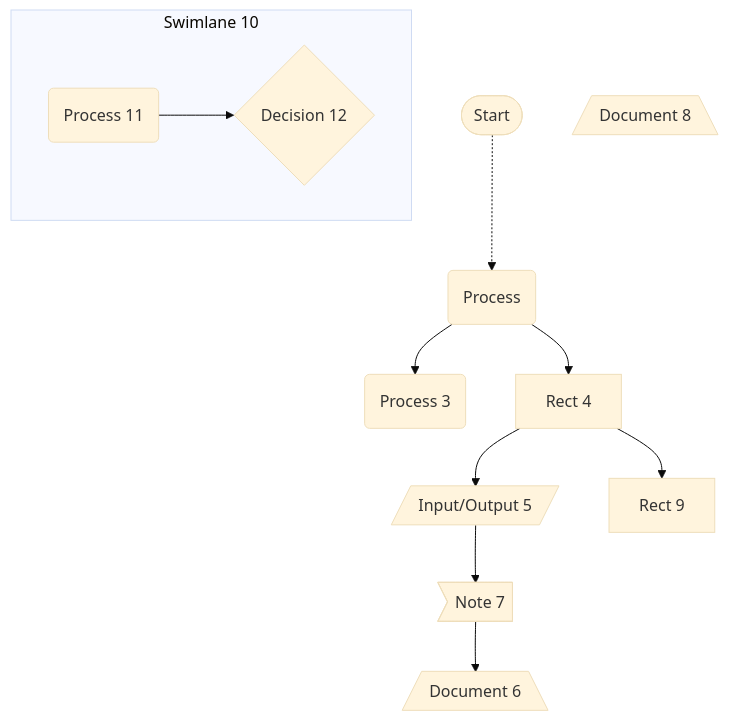
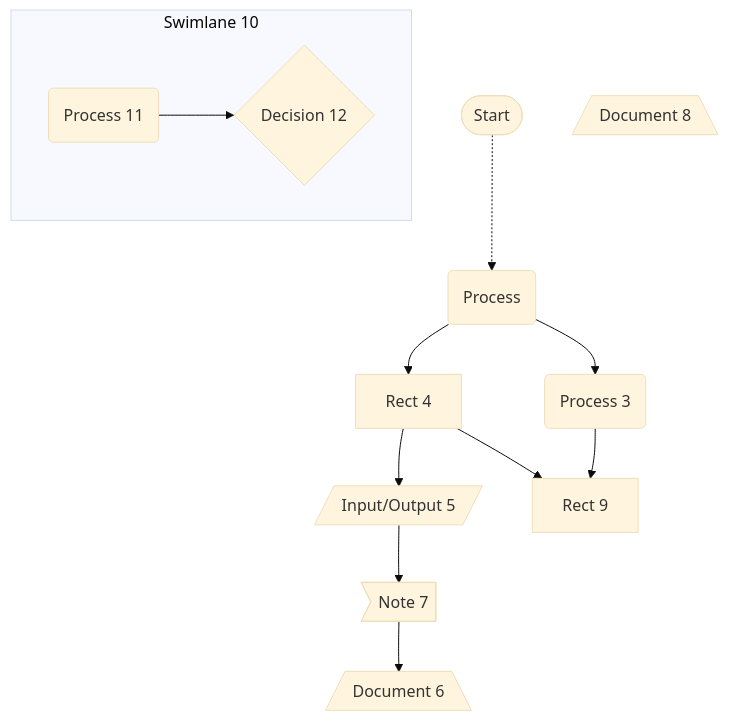
The diagram in mmd/流程图_3c82e5dc-80e4-4b41-a50d-f90f98ff5790.mmd (pingpm/mermaid_vault), drawn with Mermaid (base theme) before and after one commit. The commit also changed 2 other files, not shown here.

Commit message:
Sync Mermaid Studio data (12 diagrams)

```diff
--- a/mmd/流程图_3c82e5dc-80e4-4b41-a50d-f90f98ff5790.mmd
+++ b/mmd/流程图_3c82e5dc-80e4-4b41-a50d-f90f98ff5790.mmd
@@ -1,22 +1,23 @@
 graph TD
   subgraph 80730659-8bb1-4cec-afc1-f508a219c696 ["Swimlane 10"]
     7714202b-77ab-4f03-8f6c-5da3acacc44a("Process 11")
     f3a9e38a-2da4-4a9a-9213-2643698c5eb0{"Decision 12"}
   end
   start(["Start"])
   1("Process")
   2b55b8de-e64f-48f1-a8b6-94cca48b33d2("Process 3")
   f836676b-fb2c-4936-a911-d066d325c8e0["Rect 4"]
   7f7d8cb8-27fd-45d9-8d2e-dd3c2a474f13[/"Input/Output 5"/]
   c08d4eab-03ff-4bb2-8d24-cee61d141f9d[/"Document 6"\]
   cacbf4fd-8267-4e6e-acf7-b18af6489a9a>"Note 7"]
   34b56764-0d96-4aae-a160-b1c1707fb3df[/"Document 8"\]
   cd307345-a2eb-40e4-8f4c-f274dbcdef02["Rect 9"]
   start -.-> 1
   1 --> 2b55b8de-e64f-48f1-a8b6-94cca48b33d2
   f836676b-fb2c-4936-a911-d066d325c8e0 --> 7f7d8cb8-27fd-45d9-8d2e-dd3c2a474f13
   f836676b-fb2c-4936-a911-d066d325c8e0 --> cd307345-a2eb-40e4-8f4c-f274dbcdef02
   7f7d8cb8-27fd-45d9-8d2e-dd3c2a474f13 --> cacbf4fd-8267-4e6e-acf7-b18af6489a9a
   cacbf4fd-8267-4e6e-acf7-b18af6489a9a --> c08d4eab-03ff-4bb2-8d24-cee61d141f9d
   7714202b-77ab-4f03-8f6c-5da3acacc44a --> f3a9e38a-2da4-4a9a-9213-2643698c5eb0
   1 --> f836676b-fb2c-4936-a911-d066d325c8e0
+  2b55b8de-e64f-48f1-a8b6-94cca48b33d2 --> cd307345-a2eb-40e4-8f4c-f274dbcdef02
```
